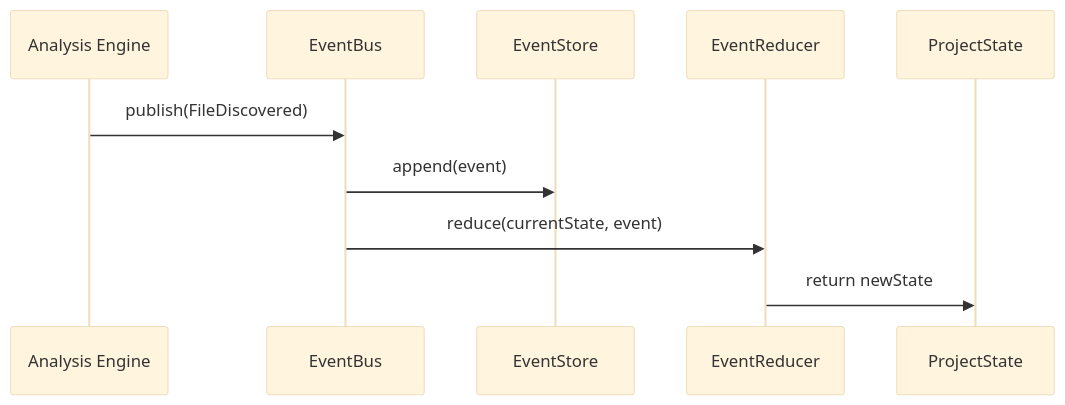
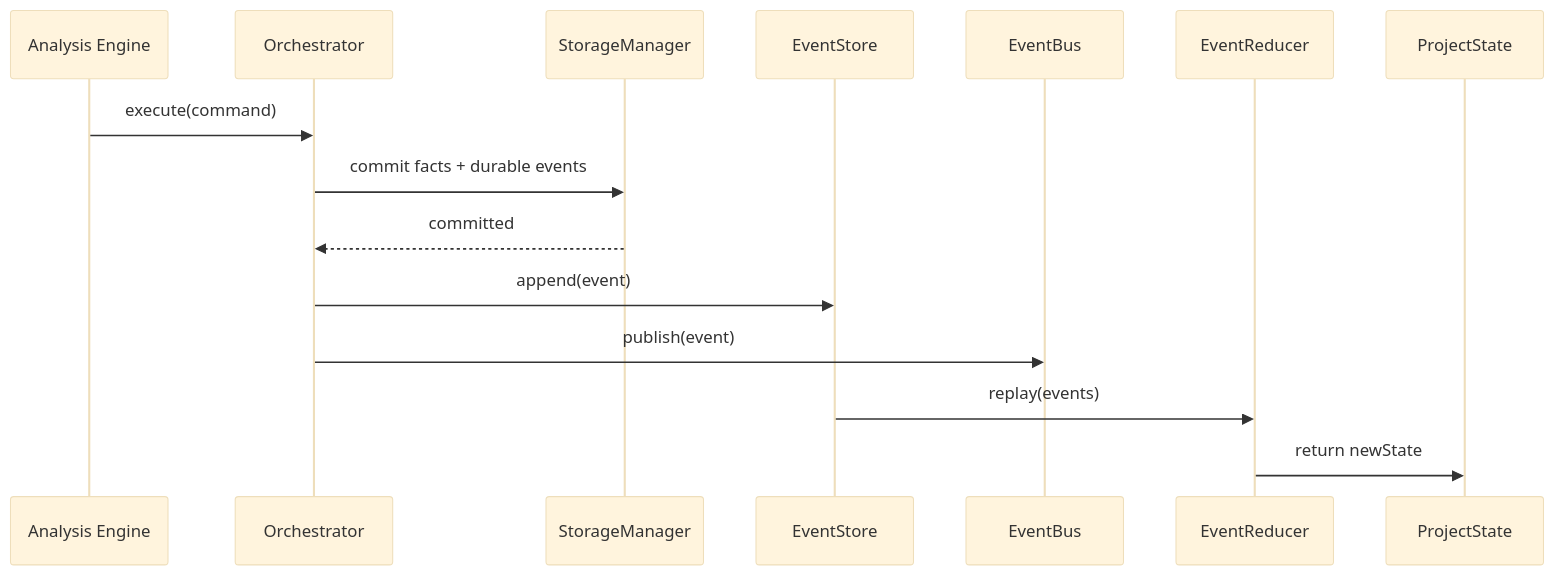
Before and after one commit to raitaskeen/LegacyExodus: the diagram in docs/api/event-contracts.md, drawn with Mermaid (base theme). The commit also changed other lines of this file and 3 other files, not shown here.

Commit message:
docs(runtime): document durable commit and event failure semantics

````diff
--- a/docs/api/event-contracts.md
+++ b/docs/api/event-contracts.md
@@ -11,13 +11,18 @@
 ```mermaid
 sequenceDiagram
     participant Engine as Analysis Engine
+    participant Orchestrator
+    participant Storage as StorageManager
+    participant Store as EventStore
     participant Bus as EventBus
-    participant Store as EventStore
     participant Reducer as EventReducer
     participant State as ProjectState
 
-    Engine->>Bus: publish(FileDiscovered)
-    Bus->>Store: append(event)
-    Bus->>Reducer: reduce(currentState, event)
+    Engine->>Orchestrator: execute(command)
+    Orchestrator->>Storage: commit facts + durable events
+    Storage-->>Orchestrator: committed
+    Orchestrator->>Store: append(event)
+    Orchestrator->>Bus: publish(event)
+    Store->>Reducer: replay(events)
     Reducer->>State: return newState
 ```
````
